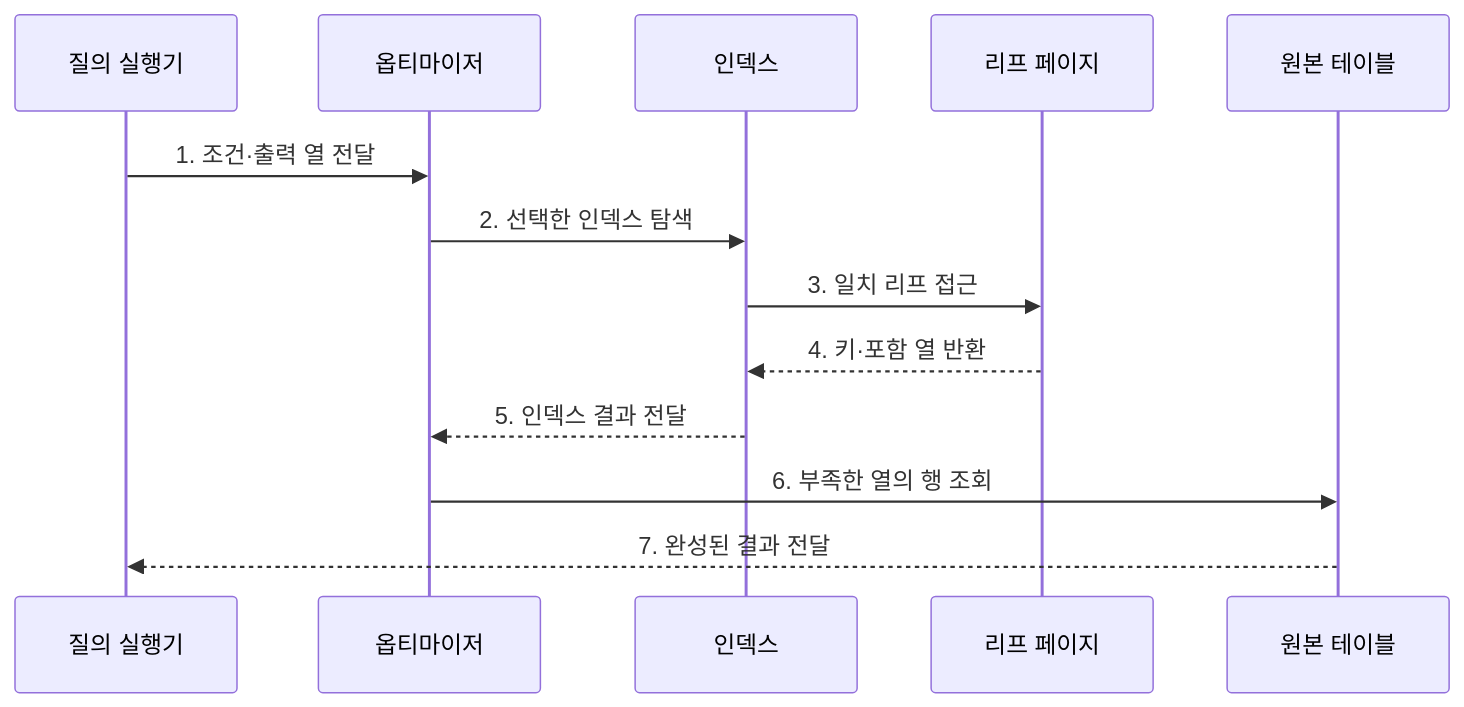
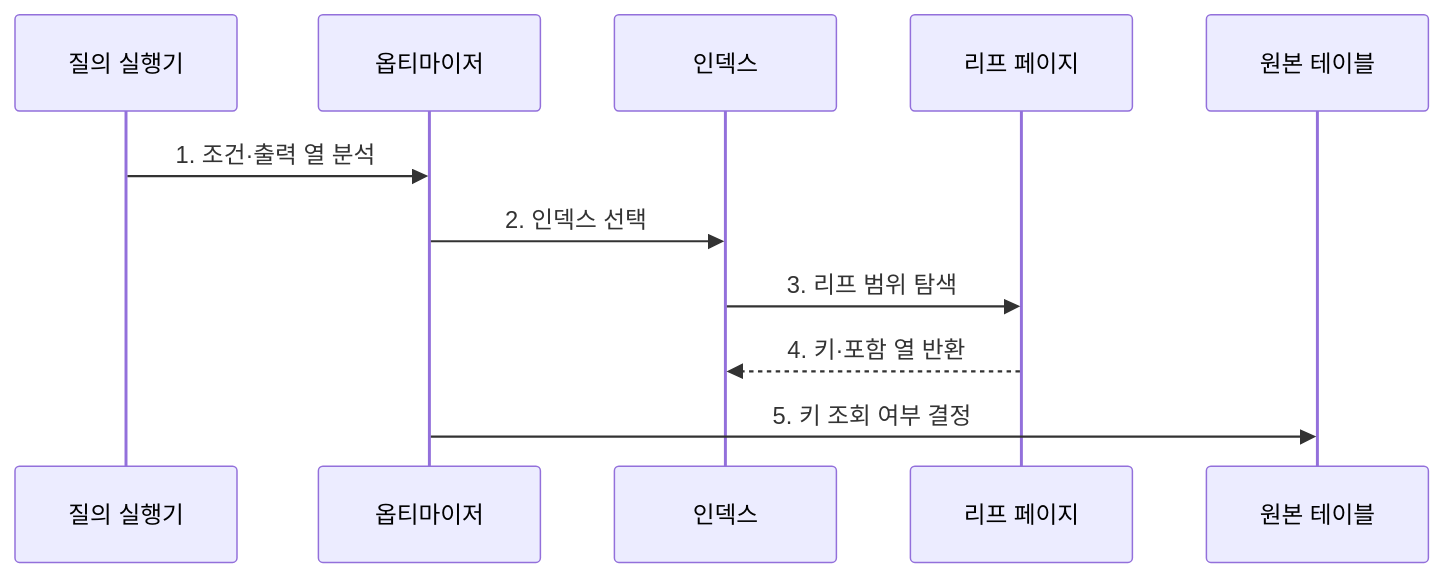
Before and after one commit to agnusdei1207/knowledge-base: the second of 2 diagrams in src/content/docs/notes/03-software/094_clustered_covering_index.md, drawn with Mermaid. The commit also changed other lines of this file and 238 other files, not shown here.

````diff
--- a/src/content/docs/notes/03-software/094_clustered_covering_index.md
+++ b/src/content/docs/notes/03-software/094_clustered_covering_index.md
@@ -78,15 +78,13 @@
 ```mermaid
 sequenceDiagram
     participant Q as 질의 실행기
     participant O as 옵티마이저
     participant I as 인덱스
     participant L as 리프 페이지
     participant T as 원본 테이블
-    Q->>O: 1. 조건·출력 열 전달
-    O->>I: 2. 선택한 인덱스 탐색
-    I->>L: 3. 일치 리프 접근
+    Q->>O: 1. 조건·출력 열 분석
+    O->>I: 2. 인덱스 선택
+    I->>L: 3. 리프 범위 탐색
     L-->>I: 4. 키·포함 열 반환
-    I-->>O: 5. 인덱스 결과 전달
-    O->>T: 6. 부족한 열의 행 조회
-    T-->>Q: 7. 완성된 결과 전달
+    O->>T: 5. 키 조회 여부 결정
 ```
````
